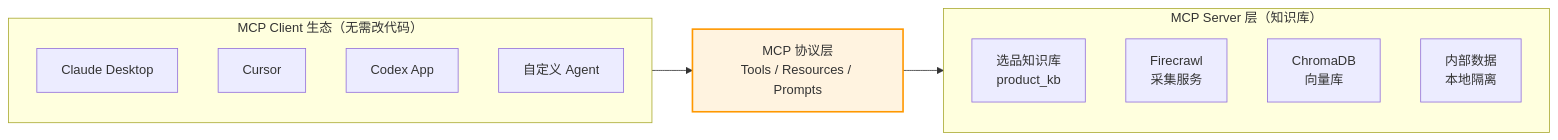
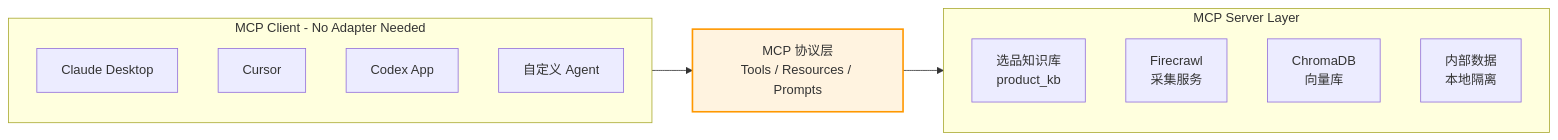
One commit to zjgulai/Kb2Agent changed the diagram in docs/knowledge/02-decision-matrix.md. Above: the diagram before and after it, drawn with Mermaid. The commit also changed 17 other files, not shown here.

````diff
--- a/docs/knowledge/02-decision-matrix.md
+++ b/docs/knowledge/02-decision-matrix.md
@@ -40,23 +40,23 @@
 ```mermaid
 flowchart LR
-    subgraph Clients ["MCP Client 生态（无需改代码）"]
+    subgraph Clients ["MCP Client - No Adapter Needed"]
         A[Claude Desktop]
         B[Cursor]
         C[Codex App]
         D[自定义 Agent]
     end
     
     E["MCP 协议层\nTools / Resources / Prompts"]
     
-    subgraph Servers ["MCP Server 层（知识库）"]
+    subgraph Servers ["MCP Server Layer"]
         F[选品知识库\nproduct_kb]
         G[Firecrawl\n采集服务]
         H[ChromaDB\n向量库]
         I[内部数据\n本地隔离]
     end
     
     Clients --> E --> Servers
     
     classDef protocol fill:#fff3e0,stroke:#ff9800,stroke-width:2px
     class E protocol
 ```
````
